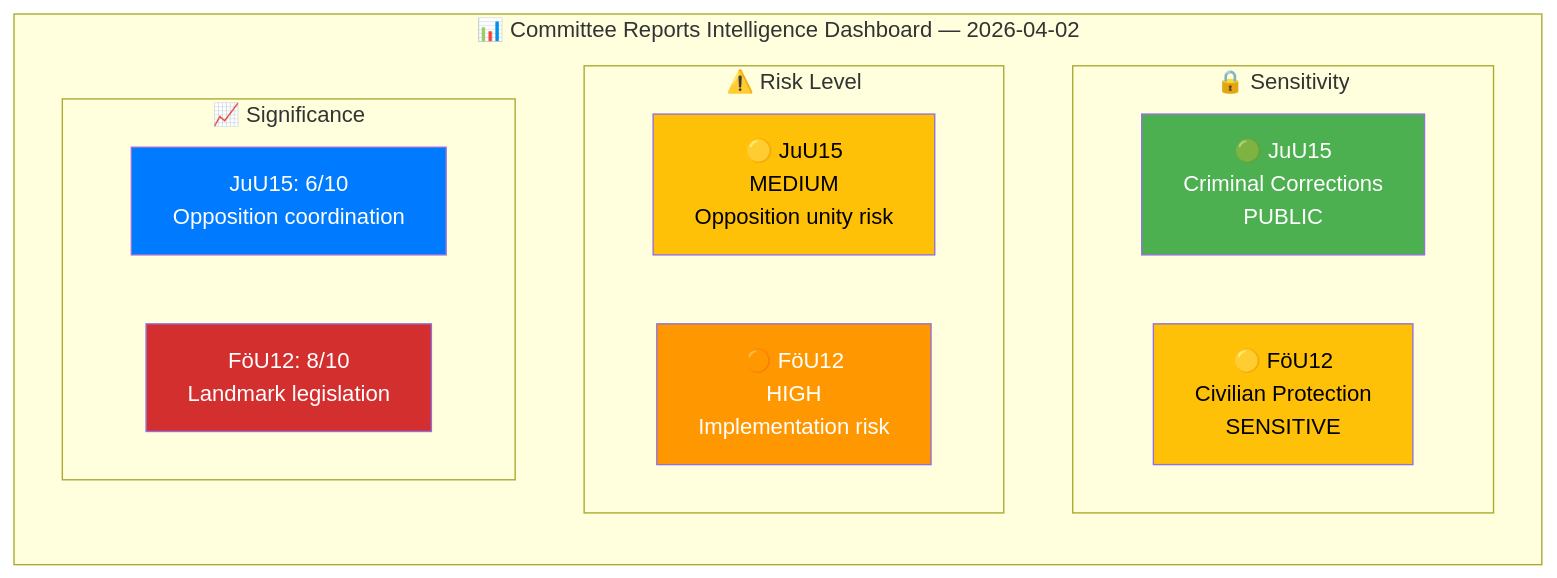
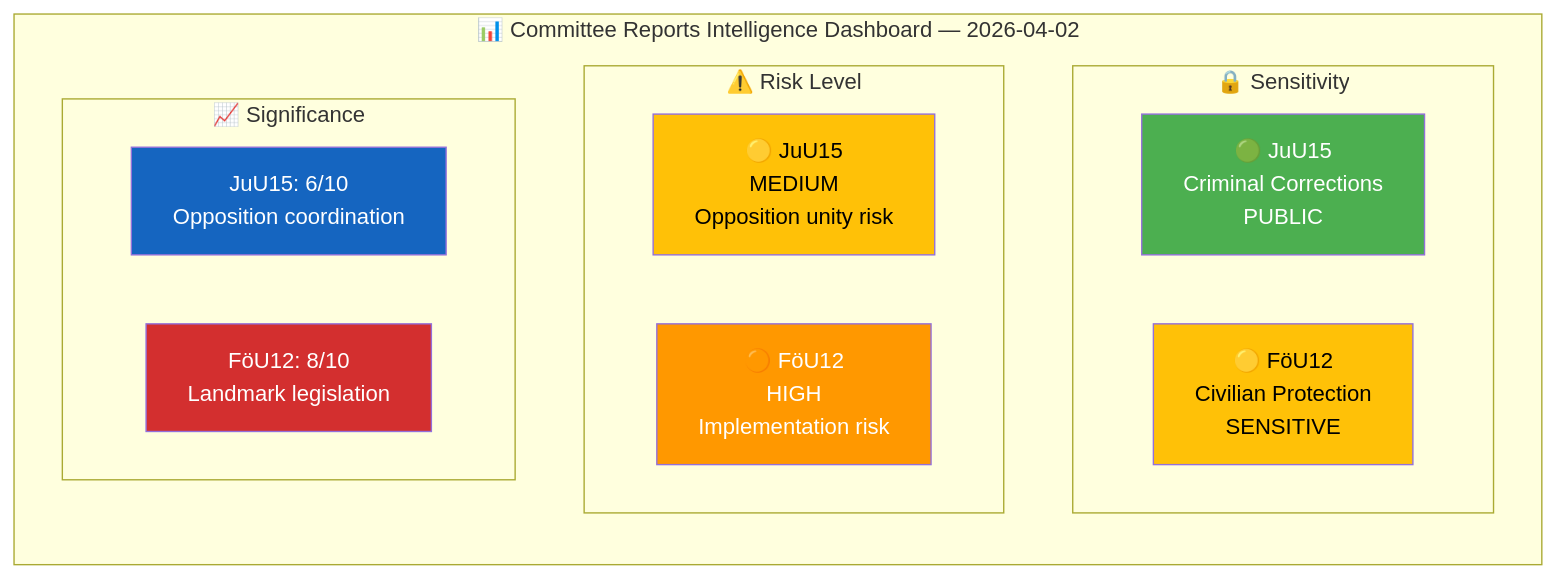
One commit to Hack23/riksdagsmonitor changed the first of 2 diagrams in analysis/daily/2026-04-03/committeeReports/synthesis-summary.md. Above: the diagram before and after it, drawn with Mermaid. The commit also changed 121 other files, not shown here.

````diff
--- a/analysis/daily/2026-04-03/committeeReports/synthesis-summary.md
+++ b/analysis/daily/2026-04-03/committeeReports/synthesis-summary.md
@@ -18,25 +18,25 @@
 ```mermaid
 graph TD
     subgraph "📊 Committee Reports Intelligence Dashboard — 2026-04-02"
         direction TB
         subgraph "🔒 Sensitivity"
             SEN1["🟢 JuU15<br/>Criminal Corrections<br/>PUBLIC"]
             SEN2["🟡 FöU12<br/>Civilian Protection<br/>SENSITIVE"]
         end
         subgraph "⚠️ Risk Level"
             RSK1["🟡 JuU15<br/>MEDIUM<br/>Opposition unity risk"]
             RSK2["🟠 FöU12<br/>HIGH<br/>Implementation risk"]
         end
         subgraph "📈 Significance"
             SIG1["JuU15: 6/10<br/>Opposition coordination"]
             SIG2["FöU12: 8/10<br/>Landmark legislation"]
         end
     end
 
     style SEN1 fill:#4CAF50,color:#FFFFFF
     style SEN2 fill:#FFC107,color:#000000
     style RSK1 fill:#FFC107,color:#000000
     style RSK2 fill:#FF9800,color:#FFFFFF
-    style SIG1 fill:#007bff,color:#FFFFFF
+    style SIG1 fill:#1565C0,color:#FFFFFF
     style SIG2 fill:#D32F2F,color:#FFFFFF
 ```
````
